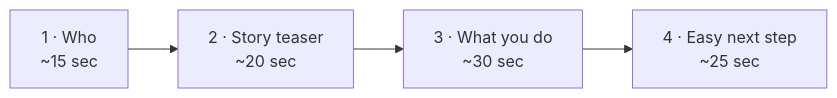
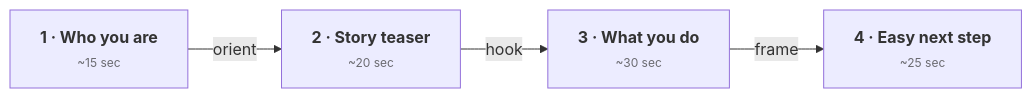
The diagram in docs/next-60-days/week-1/day-06.md (leotansingapore/aia-product-compass-hub), drawn with Mermaid before and after one commit.

````diff
--- a/docs/next-60-days/week-1/day-06.md
+++ b/docs/next-60-days/week-1/day-06.md
@@ -42,6 +42,10 @@
 ```mermaid
 flowchart LR
-    A["1 · Who<br/>~15 sec"] --> B["2 · Story teaser<br/>~20 sec"]
-    B --> C["3 · What you do<br/>~30 sec"]
-    C --> D["4 · Easy next step<br/>~25 sec"]
+    A["<b>1 · Who you are</b><br/><span style='font-size:12px;opacity:0.7'>~15 sec</span>"]
+    B["<b>2 · Story teaser</b><br/><span style='font-size:12px;opacity:0.7'>~20 sec</span>"]
+    C["<b>3 · What you do</b><br/><span style='font-size:12px;opacity:0.7'>~30 sec</span>"]
+    D["<b>4 · Easy next step</b><br/><span style='font-size:12px;opacity:0.7'>~25 sec</span>"]
+    A -->|orient| B
+    B -->|hook| C
+    C -->|frame| D
 ```
````
